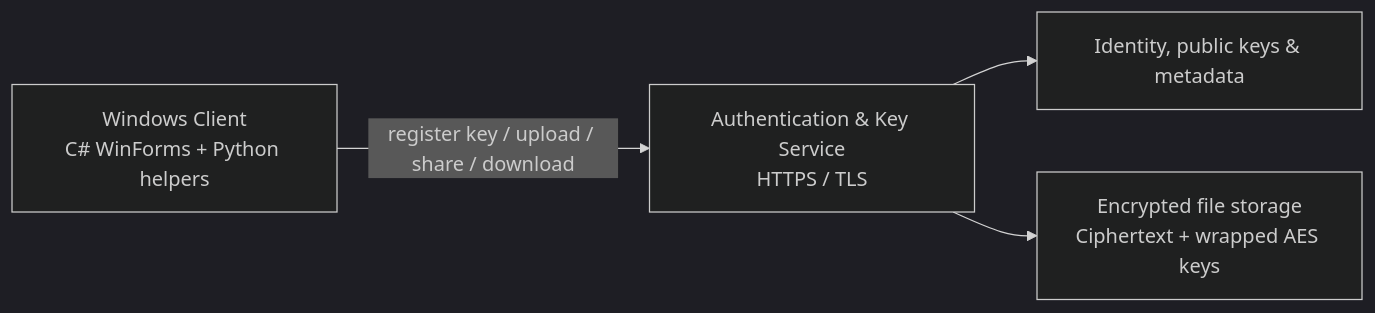
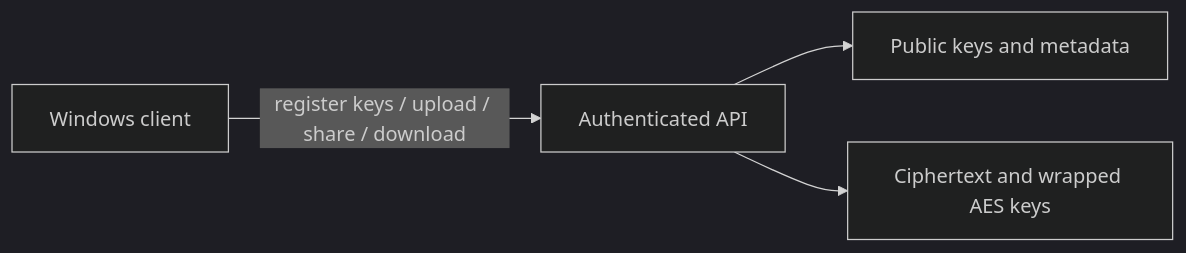
Before and after one commit to ImAno177/CryptoProject: the diagram in README.md, drawn with Mermaid (dark theme). The commit also changed other lines of this file and 4 other files, not shown here.

````diff
--- a/README.md
+++ b/README.md
@@ -22,11 +26,6 @@
 ```mermaid
 flowchart LR
-    Client["Windows Client\nC# WinForms + Python helpers"]
-    API["Authentication & Key Service\nHTTPS / TLS"]
-    Meta["Identity, public keys & metadata"]
-    Storage["Encrypted file storage\nCiphertext + wrapped AES keys"]
-
-    Client -->|"register key / upload / share / download"| API
-    API --> Meta
-    API --> Storage
+    Client[Windows client] -->|register keys / upload / share / download| API[Authenticated API]
+    API --> Keys[Public keys and metadata]
+    API --> Store[Ciphertext and wrapped AES keys]
 ```
````
